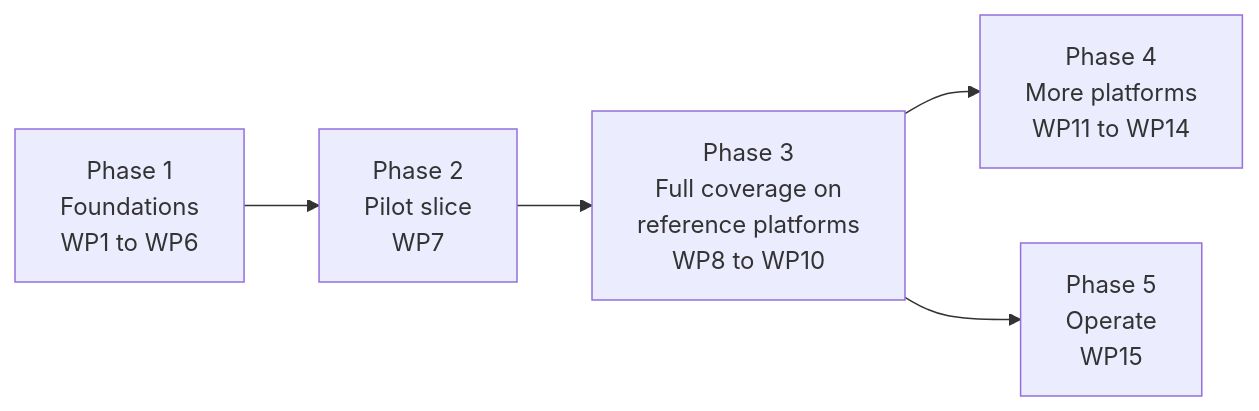
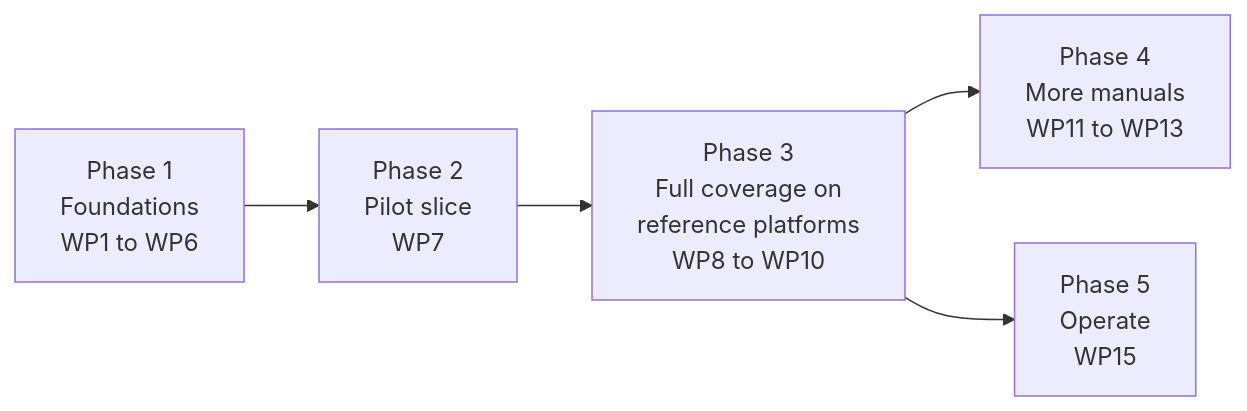
One commit to oughnic/uFTi-Docs changed the diagram in authoring/authoring-plan.md. Above: the diagram before and after it, drawn with Mermaid. The commit also changed other lines of this file and 10 other files, not shown here.

````diff
--- a/authoring/authoring-plan.md
+++ b/authoring/authoring-plan.md
@@ -231,7 +234,7 @@
 ```mermaid
 flowchart LR
     P1["Phase 1<br/>Foundations<br/>WP1 to WP6"] --> P2["Phase 2<br/>Pilot slice<br/>WP7"]
     P2 --> P3["Phase 3<br/>Full coverage on<br/>reference platforms<br/>WP8 to WP10"]
-    P3 --> P4["Phase 4<br/>More platforms<br/>WP11 to WP14"]
+    P3 --> P4["Phase 4<br/>More manuals<br/>WP11 to WP13"]
     P3 --> P5["Phase 5<br/>Operate<br/>WP15"]
 ```
````
